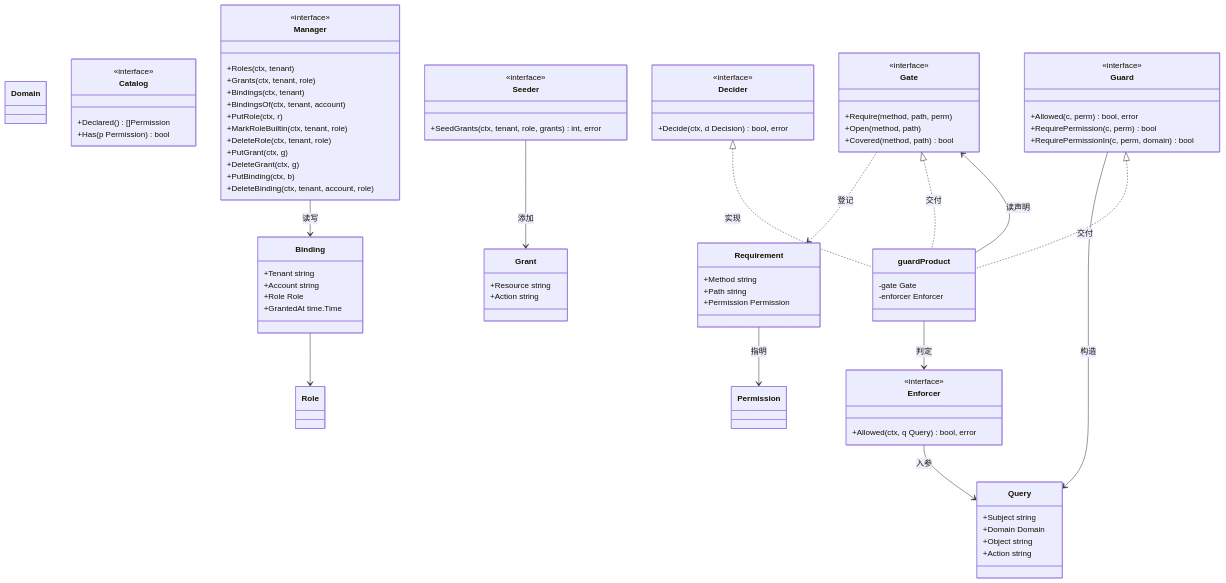
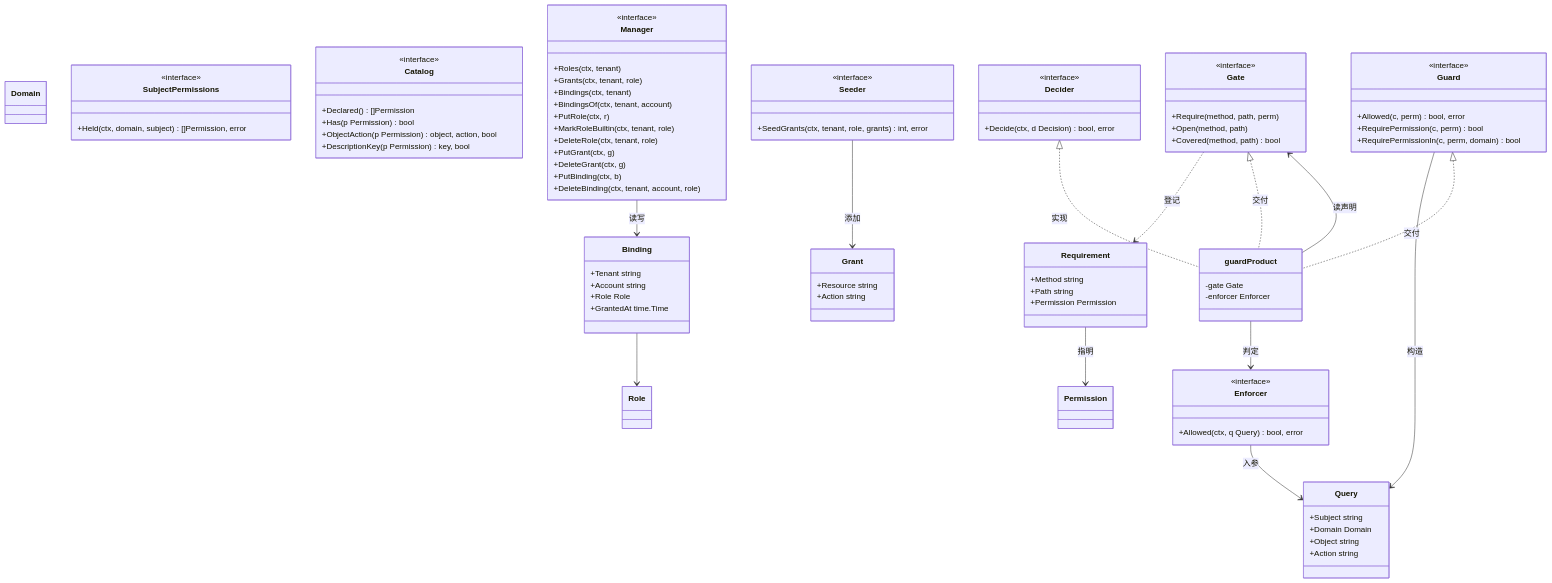
Before and after one commit to wangzw/speed: the first of 3 diagrams in docs/design/modules/design-authz.md, drawn with Mermaid. The commit also changed other lines of this file and 23 other files, not shown here.

```diff
--- a/docs/design/modules/design-authz.md
+++ b/docs/design/modules/design-authz.md
@@ -385,10 +416,16 @@
         <<interface>>
         +Allowed(ctx, q Query) bool, error
     }
+    class SubjectPermissions {
+        <<interface>>
+        +Held(ctx, domain, subject) []Permission, error
+    }
     class Catalog {
         <<interface>>
         +Declared() []Permission
         +Has(p Permission) bool
+        +ObjectAction(p Permission) object, action, bool
+        +DescriptionKey(p Permission) key, bool
     }
     class Gate {
         <<interface>>
```
